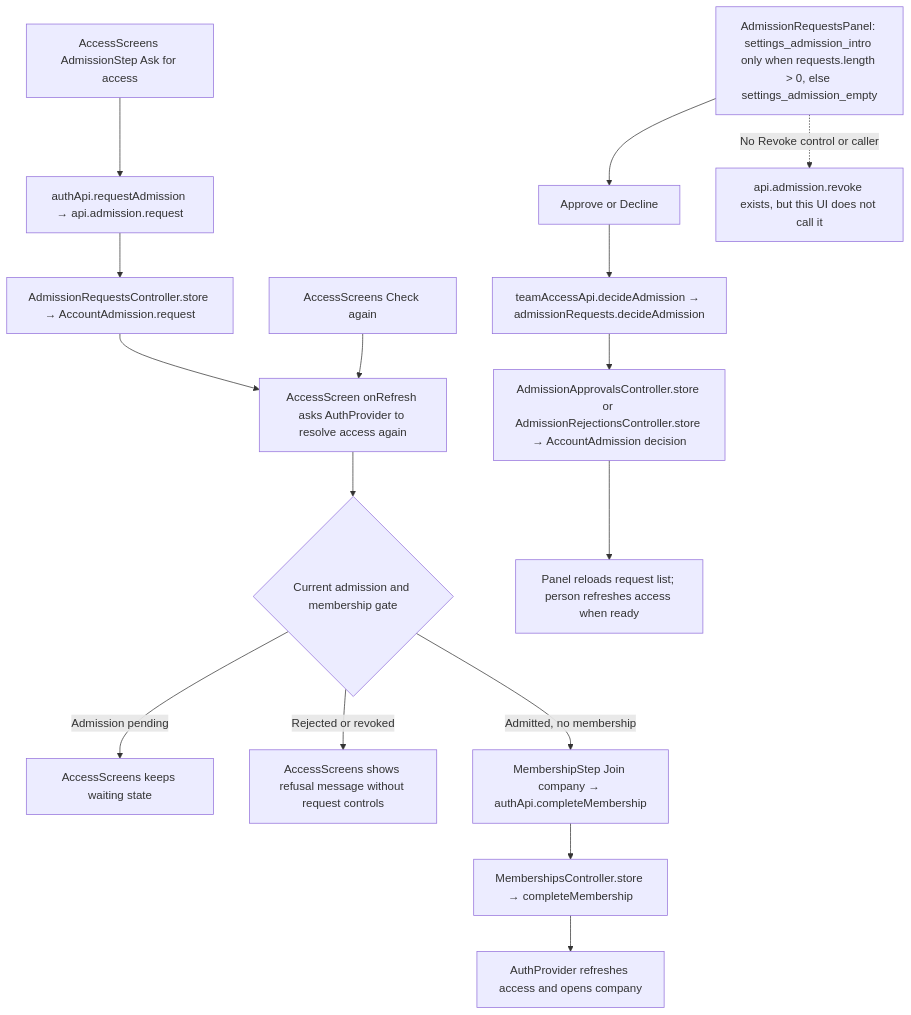
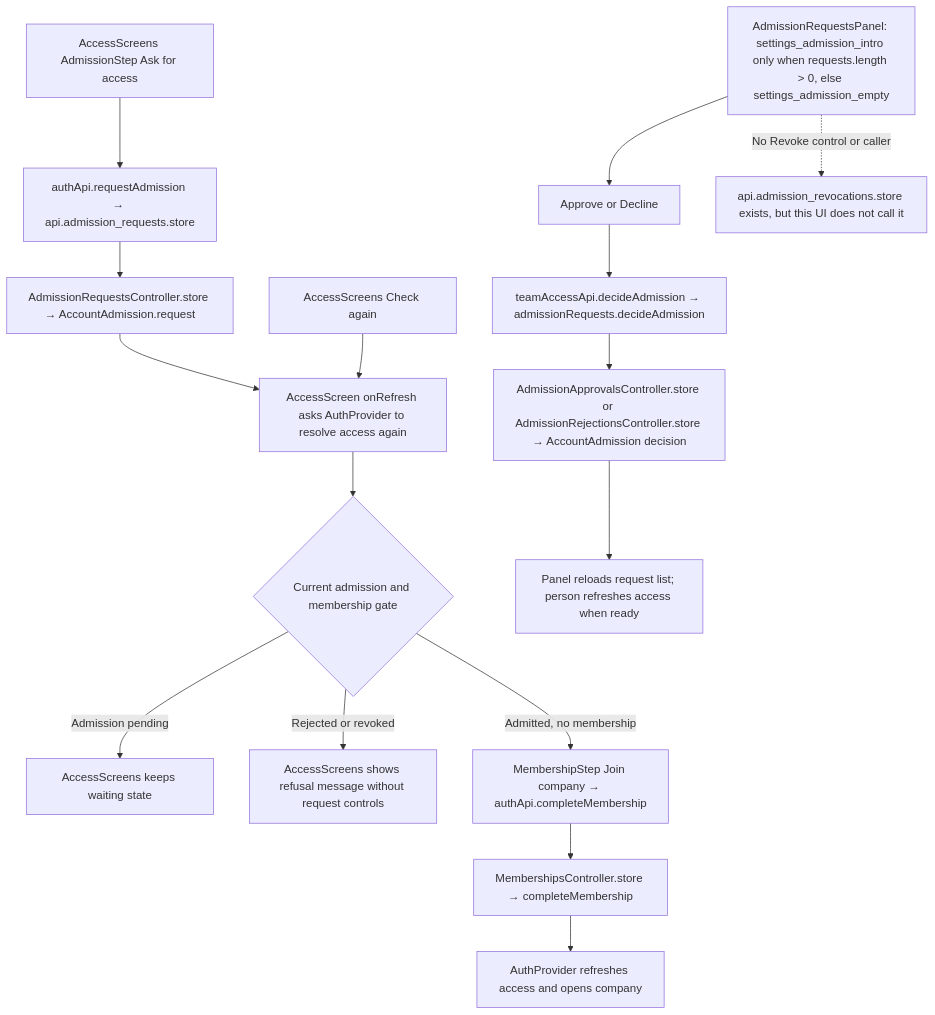
Before and after one commit to Kevinjohn/capacitylens: the second of 2 diagrams in user-stories/team/US-TEAM-05-request-admission.md, drawn with Mermaid. The commit also changed 153 other files, not shown here.

````diff
--- a/user-stories/team/US-TEAM-05-request-admission.md
+++ b/user-stories/team/US-TEAM-05-request-admission.md
@@ -37,18 +37,18 @@
 ```mermaid
 flowchart TD
-    Ask["AccessScreens AdmissionStep Ask for access"] --> AuthApi["authApi.requestAdmission → api.admission.request"]
+    Ask["AccessScreens AdmissionStep Ask for access"] --> AuthApi["authApi.requestAdmission → api.admission_requests.store"]
     AuthApi --> RequestController["AdmissionRequestsController.store → AccountAdmission.request"]
     RequestController --> Refresh["AccessScreen onRefresh asks AuthProvider to resolve access again"]
     Check["AccessScreens Check again"] --> Refresh
     Refresh --> Gate{"Current admission and membership gate"}
     Gate -->|"Admission pending"| Wait["AccessScreens keeps waiting state"]
     Gate -->|"Rejected or revoked"| Refused["AccessScreens shows refusal message without request controls"]
     Gate -->|"Admitted, no membership"| Join["MembershipStep Join company → authApi.completeMembership"]
     Join --> Complete["MembershipsController.store → completeMembership"]
     Complete --> Company["AuthProvider refreshes access and opens company"]
     Manager["AdmissionRequestsPanel: settings_admission_intro only when requests.length > 0, else settings_admission_empty"] --> Buttons["Approve or Decline"]
     Buttons --> Client["teamAccessApi.decideAdmission → admissionRequests.decideAdmission"]
     Client --> Decision["AdmissionApprovalsController.store or AdmissionRejectionsController.store → AccountAdmission decision"]
     Decision --> Reload["Panel reloads request list; person refreshes access when ready"]
-    Manager -. "No Revoke control or caller" .-> NoRevoke["api.admission.revoke exists, but this UI does not call it"]
+    Manager -. "No Revoke control or caller" .-> NoRevoke["api.admission_revocations.store exists, but this UI does not call it"]
 ```
````
